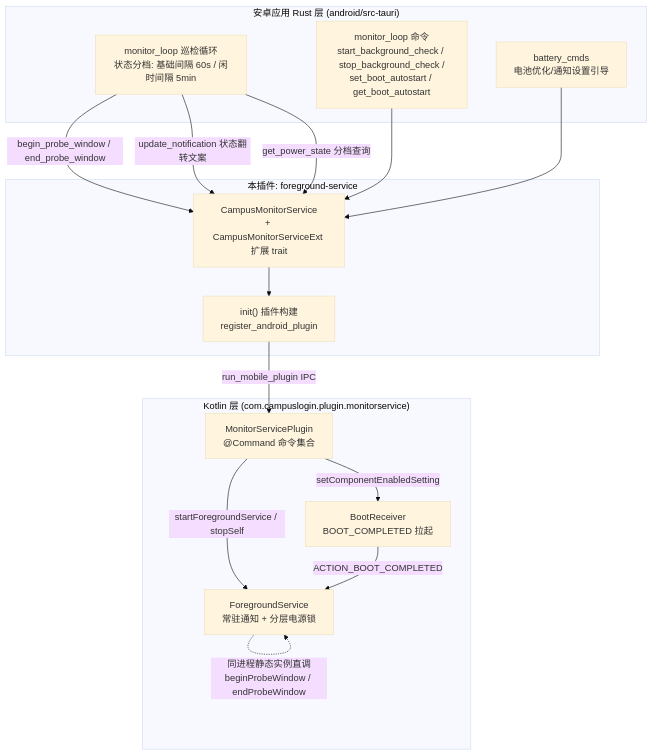
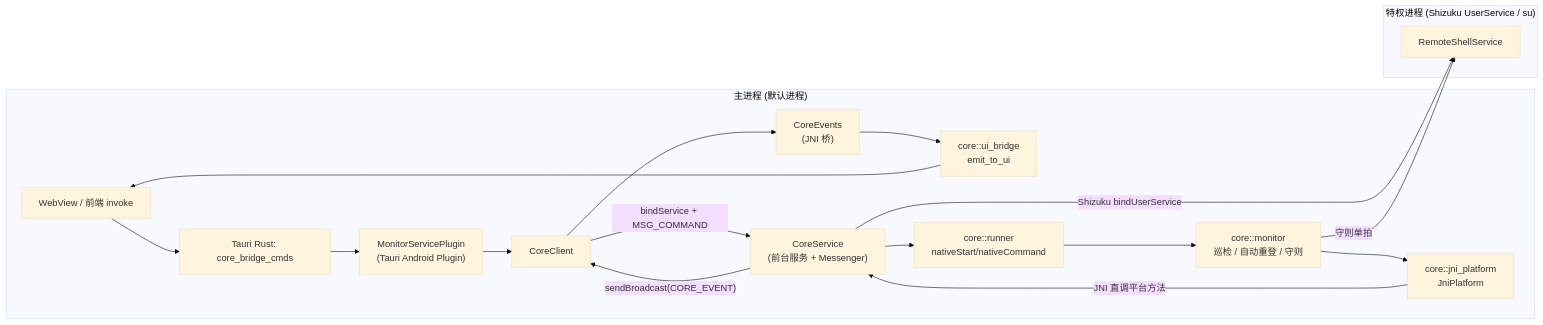
The first of 6 diagrams in .codewiki/modules/android-plugins-foreground-service.md (ikliml666/Wxxy-CampusLogin), drawn with Mermaid (base theme) before and after one commit. The commit also changed other lines of this file and 20 other files, not shown here.

````diff
--- a/.codewiki/modules/android-plugins-foreground-service.md
+++ b/.codewiki/modules/android-plugins-foreground-service.md
@@ -30,31 +30,28 @@
 ```mermaid
-flowchart TB
-    subgraph Rust侧["安卓应用 Rust 层 (android/src-tauri)"]
-        MON["monitor_loop 巡检循环<br/>状态分档: 基础间隔 60s / 闲时间隔 5min"]
-        CMDS["monitor_loop 命令<br/>start_background_check / stop_background_check /<br/>set_boot_autostart / get_boot_autostart"]
-        BAT["battery_cmds<br/>电池优化/通知设置引导"]
+flowchart LR
+    subgraph MAIN["主进程 (默认进程)"]
+        WEB["WebView / 前端 invoke"]
+        TAURI["Tauri Rust: core_bridge_cmds"]
+        PLUGIN["MonitorServicePlugin<br/>(Tauri Android Plugin)"]
+        CLIENT["CoreClient"]
+        EVENTS["CoreEvents<br/>(JNI 桥)"]
+        BRIDGE["core::ui_bridge<br/>emit_to_ui"]
+        SERVICE["CoreService<br/>(前台服务 + Messenger)"]
+        RUNNER["core::runner<br/>nativeStart/nativeCommand"]
+        MONITOR["core::monitor<br/>巡检 / 自动重登 / 守则"]
+        JNI["core::jni_platform<br/>JniPlatform"]
     end
 
-    subgraph Plugin["本插件: foreground-service"]
-        EXT["CampusMonitorService<R><br/>+ CampusMonitorServiceExt 扩展 trait"]
-        BRIDGE["init() 插件构建<br/>register_android_plugin"]
+    subgraph PRIV["特权进程 (Shizuku UserService / su)"]
+        SHELL["RemoteShellService"]
     end
 
-    subgraph Kotlin侧["Kotlin 层 (com.campuslogin.plugin.monitorservice)"]
-        PLG["MonitorServicePlugin<br/>@Command 命令集合"]
-        FGS["ForegroundService<br/>常驻通知 + 分层电源锁"]
-        BR["BootReceiver<br/>BOOT_COMPLETED 拉起"]
-    end
-
-    MON -->|"begin_probe_window / end_probe_window"| EXT
-    MON -->|"update_notification 状态翻转文案"| EXT
-    MON -->|"get_power_state 分档查询"| EXT
-    CMDS --> EXT
-    BAT --> EXT
-    EXT --> BRIDGE
-    BRIDGE -->|"run_mobile_plugin IPC"| PLG
-    PLG -->|"startForegroundService / stopSelf"| FGS
-    PLG -->|"setComponentEnabledSetting"| BR
-    BR -->|"ACTION_BOOT_COMPLETED"| FGS
-    FGS -.->|"同进程静态实例直调<br/>beginProbeWindow / endProbeWindow"| FGS
+    WEB --> TAURI --> PLUGIN --> CLIENT
+    CLIENT -->|"bindService + MSG_COMMAND"| SERVICE
+    SERVICE --> RUNNER --> MONITOR
+    MONITOR --> JNI -->|"JNI 直调平台方法"| SERVICE
+    SERVICE -->|"sendBroadcast(CORE_EVENT)"| CLIENT
+    CLIENT --> EVENTS --> BRIDGE --> WEB
+    SERVICE -->|"Shizuku bindUserService"| SHELL
+    MONITOR -->|"守则单拍"| SHELL
 ```
````
